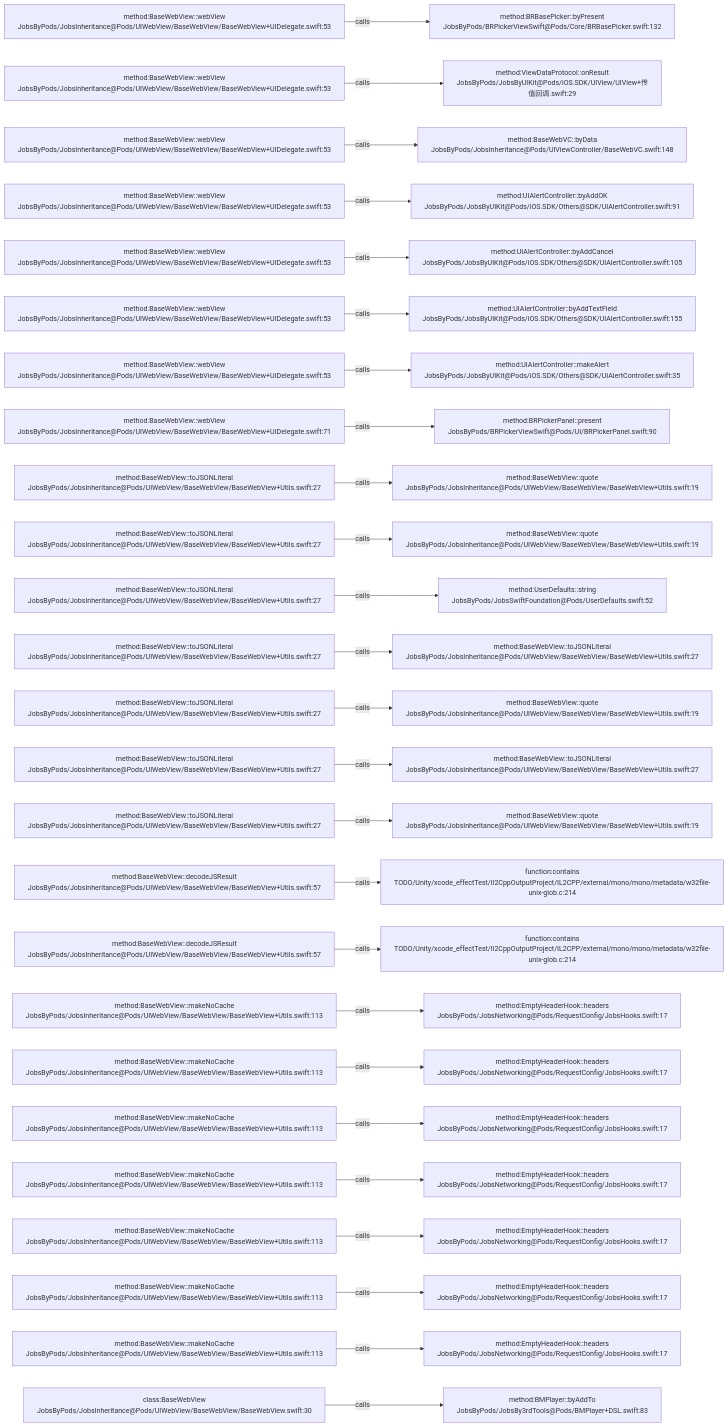
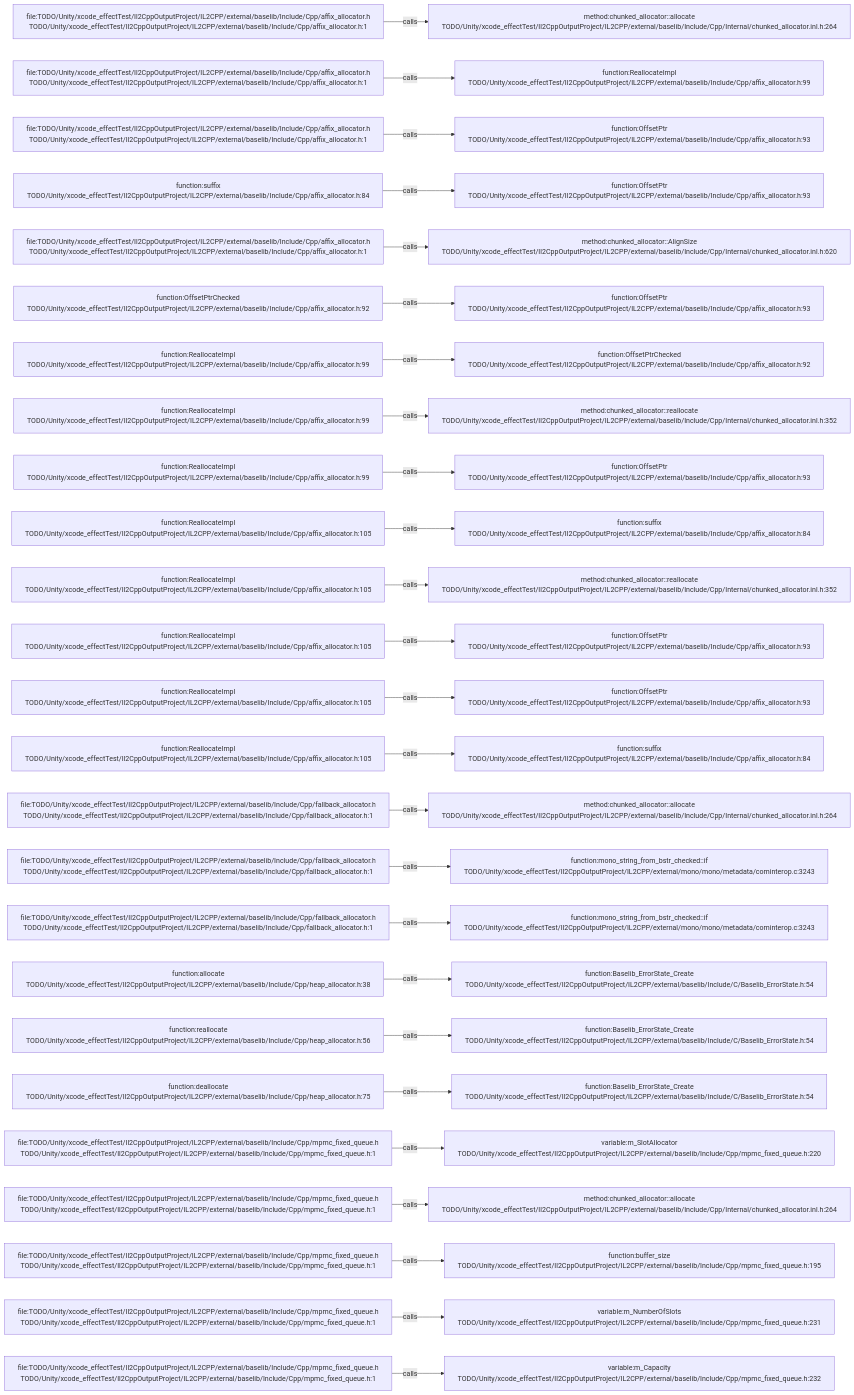
The diagram in .codegraph/codegraph.md/graphs/calls-136.md (JobsKits/JobsSwiftBaseConfigDemo), drawn with Mermaid before and after one commit. The commit also changed 569 other files, not shown here.

````diff
--- a/.codegraph/codegraph.md/graphs/calls-136.md
+++ b/.codegraph/codegraph.md/graphs/calls-136.md
@@ -13,78 +13,78 @@
 ```mermaid
 flowchart LR
-  S1["method:BaseWebView::webView<br/>JobsByPods/JobsInheritance@Pods/UIWebView/BaseWebView/BaseWebView+UIDelegate.swift:53"]
-  T1["method:BRBasePicker::byPresent<br/>JobsByPods/BRPickerViewSwift@Pods/Core/BRBasePicker.swift:132"]
+  S1["file:TODO/Unity/xcode_effectTest/Il2CppOutputProject/IL2CPP/external/baselib/Include/Cpp/affix_allocator.h<br/>TODO/Unity/xcode_effectTest/Il2CppOutputProject/IL2CPP/external/baselib/Include/Cpp/affix_allocator.h:1"]
+  T1["method:chunked_allocator::allocate<br/>TODO/Unity/xcode_effectTest/Il2CppOutputProject/IL2CPP/external/baselib/Include/Cpp/Internal/chunked_allocator.inl.h:264"]
   S1 -->|calls| T1
-  S2["method:BaseWebView::webView<br/>JobsByPods/JobsInheritance@Pods/UIWebView/BaseWebView/BaseWebView+UIDelegate.swift:53"]
-  T2["method:ViewDataProtocol::onResult<br/>JobsByPods/JobsByUIKit@Pods/iOS.SDK/UIView/UIView+传值回调.swift:29"]
+  S2["file:TODO/Unity/xcode_effectTest/Il2CppOutputProject/IL2CPP/external/baselib/Include/Cpp/affix_allocator.h<br/>TODO/Unity/xcode_effectTest/Il2CppOutputProject/IL2CPP/external/baselib/Include/Cpp/affix_allocator.h:1"]
+  T2["function:ReallocateImpl<br/>TODO/Unity/xcode_effectTest/Il2CppOutputProject/IL2CPP/external/baselib/Include/Cpp/affix_allocator.h:99"]
   S2 -->|calls| T2
-  S3["method:BaseWebView::webView<br/>JobsByPods/JobsInheritance@Pods/UIWebView/BaseWebView/BaseWebView+UIDelegate.swift:53"]
-  T3["method:BaseWebVC::byData<br/>JobsByPods/JobsInheritance@Pods/UIViewController/BaseWebVC.swift:148"]
+  S3["file:TODO/Unity/xcode_effectTest/Il2CppOutputProject/IL2CPP/external/baselib/Include/Cpp/affix_allocator.h<br/>TODO/Unity/xcode_effectTest/Il2CppOutputProject/IL2CPP/external/baselib/Include/Cpp/affix_allocator.h:1"]
+  T3["function:OffsetPtr<br/>TODO/Unity/xcode_effectTest/Il2CppOutputProject/IL2CPP/external/baselib/Include/Cpp/affix_allocator.h:93"]
   S3 -->|calls| T3
-  S4["method:BaseWebView::webView<br/>JobsByPods/JobsInheritance@Pods/UIWebView/BaseWebView/BaseWebView+UIDelegate.swift:53"]
-  T4["method:UIAlertController::byAddOK<br/>JobsByPods/JobsByUIKit@Pods/iOS.SDK/Others@SDK/UIAlertController.swift:91"]
+  S4["function:suffix<br/>TODO/Unity/xcode_effectTest/Il2CppOutputProject/IL2CPP/external/baselib/Include/Cpp/affix_allocator.h:84"]
+  T4["function:OffsetPtr<br/>TODO/Unity/xcode_effectTest/Il2CppOutputProject/IL2CPP/external/baselib/Include/Cpp/affix_allocator.h:93"]
   S4 -->|calls| T4
-  S5["method:BaseWebView::webView<br/>JobsByPods/JobsInheritance@Pods/UIWebView/BaseWebView/BaseWebView+UIDelegate.swift:53"]
-  T5["method:UIAlertController::byAddCancel<br/>JobsByPods/JobsByUIKit@Pods/iOS.SDK/Others@SDK/UIAlertController.swift:105"]
+  S5["file:TODO/Unity/xcode_effectTest/Il2CppOutputProject/IL2CPP/external/baselib/Include/Cpp/affix_allocator.h<br/>TODO/Unity/xcode_effectTest/Il2CppOutputProject/IL2CPP/external/baselib/Include/Cpp/affix_allocator.h:1"]
+  T5["method:chunked_allocator::AlignSize<br/>TODO/Unity/xcode_effectTest/Il2CppOutputProject/IL2CPP/external/baselib/Include/Cpp/Internal/chunked_allocator.inl.h:620"]
   S5 -->|calls| T5
-  S6["method:BaseWebView::webView<br/>JobsByPods/JobsInheritance@Pods/UIWebView/BaseWebView/BaseWebView+UIDelegate.swift:53"]
-  T6["method:UIAlertController::byAddTextField<br/>JobsByPods/JobsByUIKit@Pods/iOS.SDK/Others@SDK/UIAlertController.swift:155"]
+  S6["function:OffsetPtrChecked<br/>TODO/Unity/xcode_effectTest/Il2CppOutputProject/IL2CPP/external/baselib/Include/Cpp/affix_allocator.h:92"]
+  T6["function:OffsetPtr<br/>TODO/Unity/xcode_effectTest/Il2CppOutputProject/IL2CPP/external/baselib/Include/Cpp/affix_allocator.h:93"]
   S6 -->|calls| T6
-  S7["method:BaseWebView::webView<br/>JobsByPods/JobsInheritance@Pods/UIWebView/BaseWebView/BaseWebView+UIDelegate.swift:53"]
-  T7["method:UIAlertController::makeAlert<br/>JobsByPods/JobsByUIKit@Pods/iOS.SDK/Others@SDK/UIAlertController.swift:35"]
+  S7["function:ReallocateImpl<br/>TODO/Unity/xcode_effectTest/Il2CppOutputProject/IL2CPP/external/baselib/Include/Cpp/affix_allocator.h:99"]
+  T7["function:OffsetPtrChecked<br/>TODO/Unity/xcode_effectTest/Il2CppOutputProject/IL2CPP/external/baselib/Include/Cpp/affix_allocator.h:92"]
   S7 -->|calls| T7
-  S8["method:BaseWebView::webView<br/>JobsByPods/JobsInheritance@Pods/UIWebView/BaseWebView/BaseWebView+UIDelegate.swift:71"]
-  T8["method:BRPickerPanel::present<br/>JobsByPods/BRPickerViewSwift@Pods/UI/BRPickerPanel.swift:90"]
+  S8["function:ReallocateImpl<br/>TODO/Unity/xcode_effectTest/Il2CppOutputProject/IL2CPP/external/baselib/Include/Cpp/affix_allocator.h:99"]
+  T8["method:chunked_allocator::reallocate<br/>TODO/Unity/xcode_effectTest/Il2CppOutputProject/IL2CPP/external/baselib/Include/Cpp/Internal/chunked_allocator.inl.h:352"]
   S8 -->|calls| T8
-  S9["method:BaseWebView::toJSONLiteral<br/>JobsByPods/JobsInheritance@Pods/UIWebView/BaseWebView/BaseWebView+Utils.swift:27"]
-  T9["method:BaseWebView::quote<br/>JobsByPods/JobsInheritance@Pods/UIWebView/BaseWebView/BaseWebView+Utils.swift:19"]
+  S9["function:ReallocateImpl<br/>TODO/Unity/xcode_effectTest/Il2CppOutputProject/IL2CPP/external/baselib/Include/Cpp/affix_allocator.h:99"]
+  T9["function:OffsetPtr<br/>TODO/Unity/xcode_effectTest/Il2CppOutputProject/IL2CPP/external/baselib/Include/Cpp/affix_allocator.h:93"]
   S9 -->|calls| T9
-  S10["method:BaseWebView::toJSONLiteral<br/>JobsByPods/JobsInheritance@Pods/UIWebView/BaseWebView/BaseWebView+Utils.swift:27"]
-  T10["method:BaseWebView::quote<br/>JobsByPods/JobsInheritance@Pods/UIWebView/BaseWebView/BaseWebView+Utils.swift:19"]
+  S10["function:ReallocateImpl<br/>TODO/Unity/xcode_effectTest/Il2CppOutputProject/IL2CPP/external/baselib/Include/Cpp/affix_allocator.h:105"]
+  T10["function:suffix<br/>TODO/Unity/xcode_effectTest/Il2CppOutputProject/IL2CPP/external/baselib/Include/Cpp/affix_allocator.h:84"]
   S10 -->|calls| T10
-  S11["method:BaseWebView::toJSONLiteral<br/>JobsByPods/JobsInheritance@Pods/UIWebView/BaseWebView/BaseWebView+Utils.swift:27"]
-  T11["method:UserDefaults::string<br/>JobsByPods/JobsSwiftFoundation@Pods/UserDefaults.swift:52"]
+  S11["function:ReallocateImpl<br/>TODO/Unity/xcode_effectTest/Il2CppOutputProject/IL2CPP/external/baselib/Include/Cpp/affix_allocator.h:105"]
+  T11["method:chunked_allocator::reallocate<br/>TODO/Unity/xcode_effectTest/Il2CppOutputProject/IL2CPP/external/baselib/Include/Cpp/Internal/chunked_allocator.inl.h:352"]
   S11 -->|calls| T11
-  S12["method:BaseWebView::toJSONLiteral<br/>JobsByPods/JobsInheritance@Pods/UIWebView/BaseWebView/BaseWebView+Utils.swift:27"]
-  T12["method:BaseWebView::toJSONLiteral<br/>JobsByPods/JobsInheritance@Pods/UIWebView/BaseWebView/BaseWebView+Utils.swift:27"]
+  S12["function:ReallocateImpl<br/>TODO/Unity/xcode_effectTest/Il2CppOutputProject/IL2CPP/external/baselib/Include/Cpp/affix_allocator.h:105"]
+  T12["function:OffsetPtr<br/>TODO/Unity/xcode_effectTest/Il2CppOutputProject/IL2CPP/external/baselib/Include/Cpp/affix_allocator.h:93"]
   S12 -->|calls| T12
-  S13["method:BaseWebView::toJSONLiteral<br/>JobsByPods/JobsInheritance@Pods/UIWebView/BaseWebView/BaseWebView+Utils.swift:27"]
-  T13["method:BaseWebView::quote<br/>JobsByPods/JobsInheritance@Pods/UIWebView/BaseWebView/BaseWebView+Utils.swift:19"]
+  S13["function:ReallocateImpl<br/>TODO/Unity/xcode_effectTest/Il2CppOutputProject/IL2CPP/external/baselib/Include/Cpp/affix_allocator.h:105"]
+  T13["function:OffsetPtr<br/>TODO/Unity/xcode_effectTest/Il2CppOutputProject/IL2CPP/external/baselib/Include/Cpp/affix_allocator.h:93"]
   S13 -->|calls| T13
-  S14["method:BaseWebView::toJSONLiteral<br/>JobsByPods/JobsInheritance@Pods/UIWebView/BaseWebView/BaseWebView+Utils.swift:27"]
-  T14["method:BaseWebView::toJSONLiteral<br/>JobsByPods/JobsInheritance@Pods/UIWebView/BaseWebView/BaseWebView+Utils.swift:27"]
+  S14["function:ReallocateImpl<br/>TODO/Unity/xcode_effectTest/Il2CppOutputProject/IL2CPP/external/baselib/Include/Cpp/affix_allocator.h:105"]
+  T14["function:suffix<br/>TODO/Unity/xcode_effectTest/Il2CppOutputProject/IL2CPP/external/baselib/Include/Cpp/affix_allocator.h:84"]
   S14 -->|calls| T14
-  S15["method:BaseWebView::toJSONLiteral<br/>JobsByPods/JobsInheritance@Pods/UIWebView/BaseWebView/BaseWebView+Utils.swift:27"]
-  T15["method:BaseWebView::quote<br/>JobsByPods/JobsInheritance@Pods/UIWebView/BaseWebView/BaseWebView+Utils.swift:19"]
+  S15["file:TODO/Unity/xcode_effectTest/Il2CppOutputProject/IL2CPP/external/baselib/Include/Cpp/fallback_allocator.h<br/>TODO/Unity/xcode_effectTest/Il2CppOutputProject/IL2CPP/external/baselib/Include/Cpp/fallback_allocator.h:1"]
+  T15["method:chunked_allocator::allocate<br/>TODO/Unity/xcode_effectTest/Il2CppOutputProject/IL2CPP/external/baselib/Include/Cpp/Internal/chunked_allocator.inl.h:264"]
   S15 -->|calls| T15
-  S16["method:BaseWebView::decodeJSResult<br/>JobsByPods/JobsInheritance@Pods/UIWebView/BaseWebView/BaseWebView+Utils.swift:57"]
-  T16["function:contains<br/>TODO/Unity/xcode_effectTest/Il2CppOutputProject/IL2CPP/external/mono/mono/metadata/w32file-unix-glob.c:214"]
+  S16["file:TODO/Unity/xcode_effectTest/Il2CppOutputProject/IL2CPP/external/baselib/Include/Cpp/fallback_allocator.h<br/>TODO/Unity/xcode_effectTest/Il2CppOutputProject/IL2CPP/external/baselib/Include/Cpp/fallback_allocator.h:1"]
+  T16["function:mono_string_from_bstr_checked::if<br/>TODO/Unity/xcode_effectTest/Il2CppOutputProject/IL2CPP/external/mono/mono/metadata/cominterop.c:3243"]
   S16 -->|calls| T16
-  S17["method:BaseWebView::decodeJSResult<br/>JobsByPods/JobsInheritance@Pods/UIWebView/BaseWebView/BaseWebView+Utils.swift:57"]
-  T17["function:contains<br/>TODO/Unity/xcode_effectTest/Il2CppOutputProject/IL2CPP/external/mono/mono/metadata/w32file-unix-glob.c:214"]
+  S17["file:TODO/Unity/xcode_effectTest/Il2CppOutputProject/IL2CPP/external/baselib/Include/Cpp/fallback_allocator.h<br/>TODO/Unity/xcode_effectTest/Il2CppOutputProject/IL2CPP/external/baselib/Include/Cpp/fallback_allocator.h:1"]
+  T17["function:mono_string_from_bstr_checked::if<br/>TODO/Unity/xcode_effectTest/Il2CppOutputProject/IL2CPP/external/mono/mono/metadata/cominterop.c:3243"]
   S17 -->|calls| T17
-  S18["method:BaseWebView::makeNoCache<br/>JobsByPods/JobsInheritance@Pods/UIWebView/BaseWebView/BaseWebView+Utils.swift:113"]
-  T18["method:EmptyHeaderHook::headers<br/>JobsByPods/JobsNetworking@Pods/RequestConfig/JobsHooks.swift:17"]
+  S18["function:allocate<br/>TODO/Unity/xcode_effectTest/Il2CppOutputProject/IL2CPP/external/baselib/Include/Cpp/heap_allocator.h:38"]
+  T18["function:Baselib_ErrorState_Create<br/>TODO/Unity/xcode_effectTest/Il2CppOutputProject/IL2CPP/external/baselib/Include/C/Baselib_ErrorState.h:54"]
   S18 -->|calls| T18
-  S19["method:BaseWebView::makeNoCache<br/>JobsByPods/JobsInheritance@Pods/UIWebView/BaseWebView/BaseWebView+Utils.swift:113"]
-  T19["method:EmptyHeaderHook::headers<br/>JobsByPods/JobsNetworking@Pods/RequestConfig/JobsHooks.swift:17"]
+  S19["function:reallocate<br/>TODO/Unity/xcode_effectTest/Il2CppOutputProject/IL2CPP/external/baselib/Include/Cpp/heap_allocator.h:56"]
+  T19["function:Baselib_ErrorState_Create<br/>TODO/Unity/xcode_effectTest/Il2CppOutputProject/IL2CPP/external/baselib/Include/C/Baselib_ErrorState.h:54"]
   S19 -->|calls| T19
-  S20["method:BaseWebView::makeNoCache<br/>JobsByPods/JobsInheritance@Pods/UIWebView/BaseWebView/BaseWebView+Utils.swift:113"]
-  T20["method:EmptyHeaderHook::headers<br/>JobsByPods/JobsNetworking@Pods/RequestConfig/JobsHooks.swift:17"]
+  S20["function:deallocate<br/>TODO/Unity/xcode_effectTest/Il2CppOutputProject/IL2CPP/external/baselib/Include/Cpp/heap_allocator.h:75"]
+  T20["function:Baselib_ErrorState_Create<br/>TODO/Unity/xcode_effectTest/Il2CppOutputProject/IL2CPP/external/baselib/Include/C/Baselib_ErrorState.h:54"]
   S20 -->|calls| T20
-  S21["method:BaseWebView::makeNoCache<br/>JobsByPods/JobsInheritance@Pods/UIWebView/BaseWebView/BaseWebView+Utils.swift:113"]
-  T21["method:EmptyHeaderHook::headers<br/>JobsByPods/JobsNetworking@Pods/RequestConfig/JobsHooks.swift:17"]
+  S21["file:TODO/Unity/xcode_effectTest/Il2CppOutputProject/IL2CPP/external/baselib/Include/Cpp/mpmc_fixed_queue.h<br/>TODO/Unity/xcode_effectTest/Il2CppOutputProject/IL2CPP/external/baselib/Include/Cpp/mpmc_fixed_queue.h:1"]
+  T21["variable:m_SlotAllocator<br/>TODO/Unity/xcode_effectTest/Il2CppOutputProject/IL2CPP/external/baselib/Include/Cpp/mpmc_fixed_queue.h:220"]
   S21 -->|calls| T21
-  S22["method:BaseWebView::makeNoCache<br/>JobsByPods/JobsInheritance@Pods/UIWebView/BaseWebView/BaseWebView+Utils.swift:113"]
-  T22["method:EmptyHeaderHook::headers<br/>JobsByPods/JobsNetworking@Pods/RequestConfig/JobsHooks.swift:17"]
+  S22["file:TODO/Unity/xcode_effectTest/Il2CppOutputProject/IL2CPP/external/baselib/Include/Cpp/mpmc_fixed_queue.h<br/>TODO/Unity/xcode_effectTest/Il2CppOutputProject/IL2CPP/external/baselib/Include/Cpp/mpmc_fixed_queue.h:1"]
+  T22["method:chunked_allocator::allocate<br/>TODO/Unity/xcode_effectTest/Il2CppOutputProject/IL2CPP/external/baselib/Include/Cpp/Internal/chunked_allocator.inl.h:264"]
   S22 -->|calls| T22
-  S23["method:BaseWebView::makeNoCache<br/>JobsByPods/JobsInheritance@Pods/UIWebView/BaseWebView/BaseWebView+Utils.swift:113"]
-  T23["method:EmptyHeaderHook::headers<br/>JobsByPods/JobsNetworking@Pods/RequestConfig/JobsHooks.swift:17"]
+  S23["file:TODO/Unity/xcode_effectTest/Il2CppOutputProject/IL2CPP/external/baselib/Include/Cpp/mpmc_fixed_queue.h<br/>TODO/Unity/xcode_effectTest/Il2CppOutputProject/IL2CPP/external/baselib/Include/Cpp/mpmc_fixed_queue.h:1"]
+  T23["function:buffer_size<br/>TODO/Unity/xcode_effectTest/Il2CppOutputProject/IL2CPP/external/baselib/Include/Cpp/mpmc_fixed_queue.h:195"]
   S23 -->|calls| T23
-  S24["method:BaseWebView::makeNoCache<br/>JobsByPods/JobsInheritance@Pods/UIWebView/BaseWebView/BaseWebView+Utils.swift:113"]
-  T24["method:EmptyHeaderHook::headers<br/>JobsByPods/JobsNetworking@Pods/RequestConfig/JobsHooks.swift:17"]
+  S24["file:TODO/Unity/xcode_effectTest/Il2CppOutputProject/IL2CPP/external/baselib/Include/Cpp/mpmc_fixed_queue.h<br/>TODO/Unity/xcode_effectTest/Il2CppOutputProject/IL2CPP/external/baselib/Include/Cpp/mpmc_fixed_queue.h:1"]
+  T24["variable:m_NumberOfSlots<br/>TODO/Unity/xcode_effectTest/Il2CppOutputProject/IL2CPP/external/baselib/Include/Cpp/mpmc_fixed_queue.h:231"]
   S24 -->|calls| T24
-  S25["class:BaseWebView<br/>JobsByPods/JobsInheritance@Pods/UIWebView/BaseWebView/BaseWebView.swift:30"]
-  T25["method:BMPlayer::byAddTo<br/>JobsByPods/JobsBy3rdTools@Pods/BMPlayer+DSL.swift:83"]
+  S25["file:TODO/Unity/xcode_effectTest/Il2CppOutputProject/IL2CPP/external/baselib/Include/Cpp/mpmc_fixed_queue.h<br/>TODO/Unity/xcode_effectTest/Il2CppOutputProject/IL2CPP/external/baselib/Include/Cpp/mpmc_fixed_queue.h:1"]
+  T25["variable:m_Capacity<br/>TODO/Unity/xcode_effectTest/Il2CppOutputProject/IL2CPP/external/baselib/Include/Cpp/mpmc_fixed_queue.h:232"]
   S25 -->|calls| T25
 ```
````
